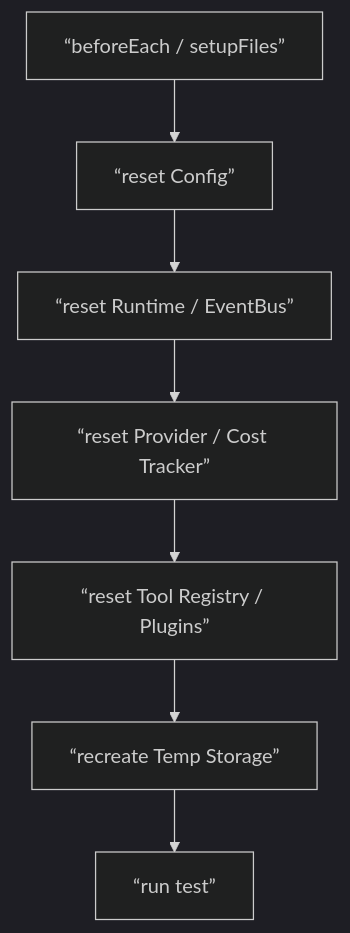
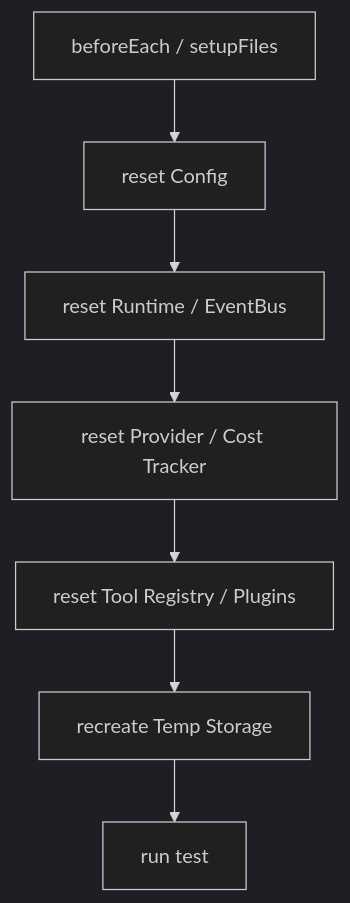
The diagram in docs_en/contracts/testing_singleton_reset_contract.md (HoldenShen-hz/automatic-agent-platform), drawn with Mermaid (dark theme) before and after one commit. The commit also changed other lines of this file and 146 other files, not shown here.

````diff
--- a/docs_en/contracts/testing_singleton_reset_contract.md
+++ b/docs_en/contracts/testing_singleton_reset_contract.md
@@ -62,9 +79,9 @@
 ```mermaid
 flowchart TD
-    A[“beforeEach / setupFiles”] --> B[“reset Config”]
-    B --> C[“reset Runtime / EventBus”]
-    C --> D[“reset Provider / Cost Tracker”]
-    D --> E[“reset Tool Registry / Plugins”]
-    E --> F[“recreate Temp Storage”]
-    F --> G[“run test”]
+    A["beforeEach / setupFiles"] --> B["reset Config"]
+    B --> C["reset Runtime / EventBus"]
+    C --> D["reset Provider / Cost Tracker"]
+    D --> E["reset Tool Registry / Plugins"]
+    E --> F["recreate Temp Storage"]
+    F --> G["run test"]
 ```
````
